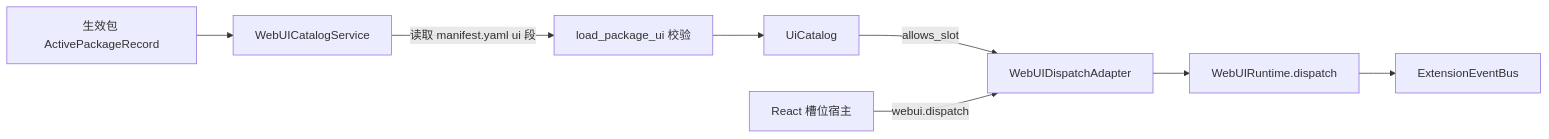
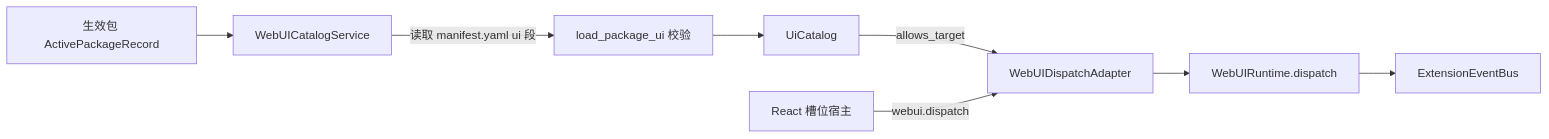
Before and after one commit to openJiuwen-ai/jiuwenswarm: the first of 2 diagrams in jiuwenswarm/extensions_v2/docs/features/F_07_ui-contributions.md, drawn with Mermaid. The commit also changed other lines of this file and 27 other files, not shown here.

````diff
--- a/jiuwenswarm/extensions_v2/docs/features/F_07_ui-contributions.md
+++ b/jiuwenswarm/extensions_v2/docs/features/F_07_ui-contributions.md
@@ -42,10 +42,10 @@
 ```mermaid
 flowchart LR
     A["生效包 ActivePackageRecord"] --> C["WebUICatalogService"]
     C -->|"读取 manifest.yaml ui 段"| V["load_package_ui 校验"]
     V --> D["UiCatalog"]
-    D -->|"allows_slot"| AD["WebUIDispatchAdapter"]
+    D -->|"allows_target"| AD["WebUIDispatchAdapter"]
     FE["React 槽位宿主"] -->|"webui.dispatch"| AD
     AD --> RT["WebUIRuntime.dispatch"]
     RT --> B["ExtensionEventBus"]
 ```
````
